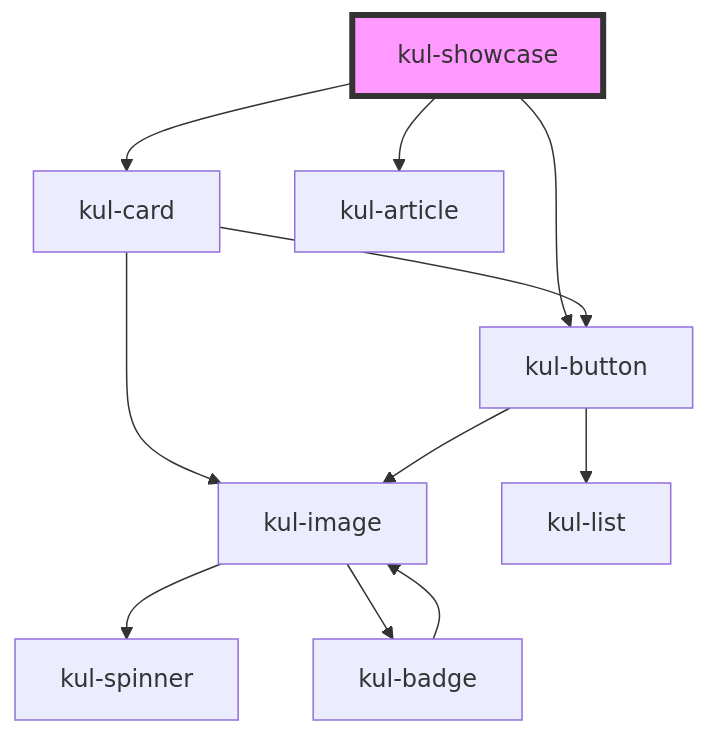
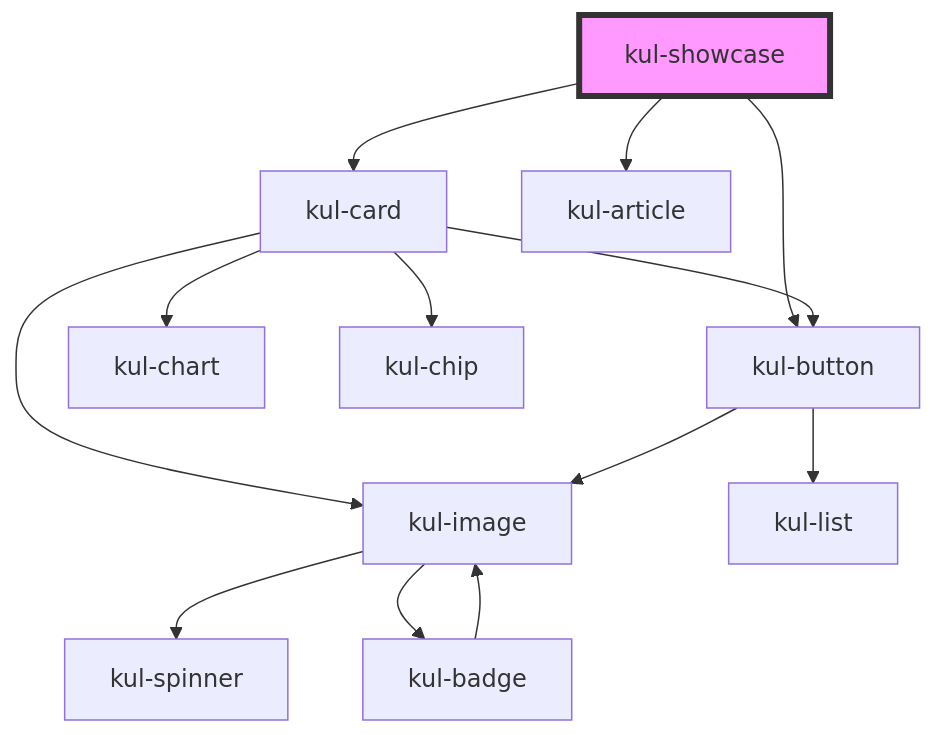
Before and after one commit to lucafoscili/ketchup-lite: the diagram in packages/ketchup-lite/src/components/kul-showcase/readme.md, drawn with Mermaid. The commit also changed 26 other files, not shown here.

````diff
--- a/packages/ketchup-lite/src/components/kul-showcase/readme.md
+++ b/packages/ketchup-lite/src/components/kul-showcase/readme.md
@@ -70,14 +70,16 @@
 ```mermaid
 graph TD;
   kul-showcase --> kul-card
   kul-showcase --> kul-button
   kul-showcase --> kul-article
   kul-card --> kul-button
+  kul-card --> kul-chart
+  kul-card --> kul-chip
   kul-card --> kul-image
   kul-button --> kul-image
   kul-button --> kul-list
   kul-image --> kul-spinner
   kul-image --> kul-badge
   kul-badge --> kul-image
   style kul-showcase fill:#f9f,stroke:#333,stroke-width:4px
 ```
````
